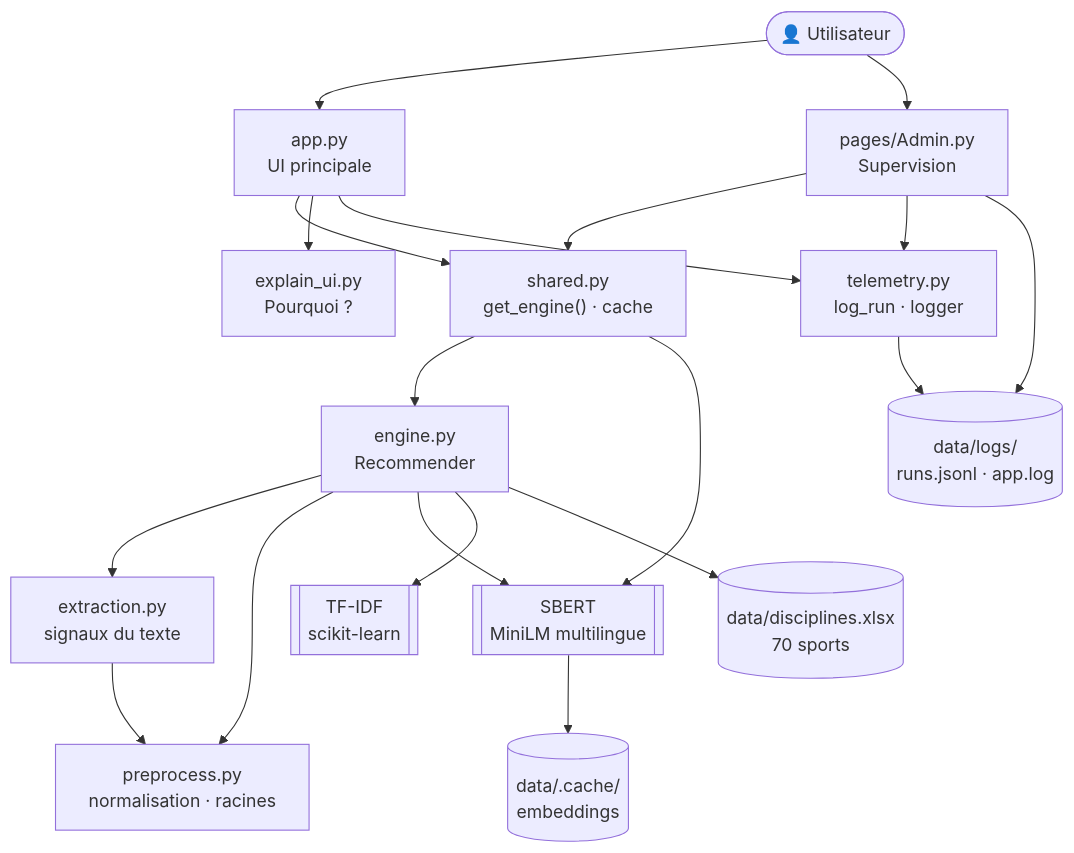
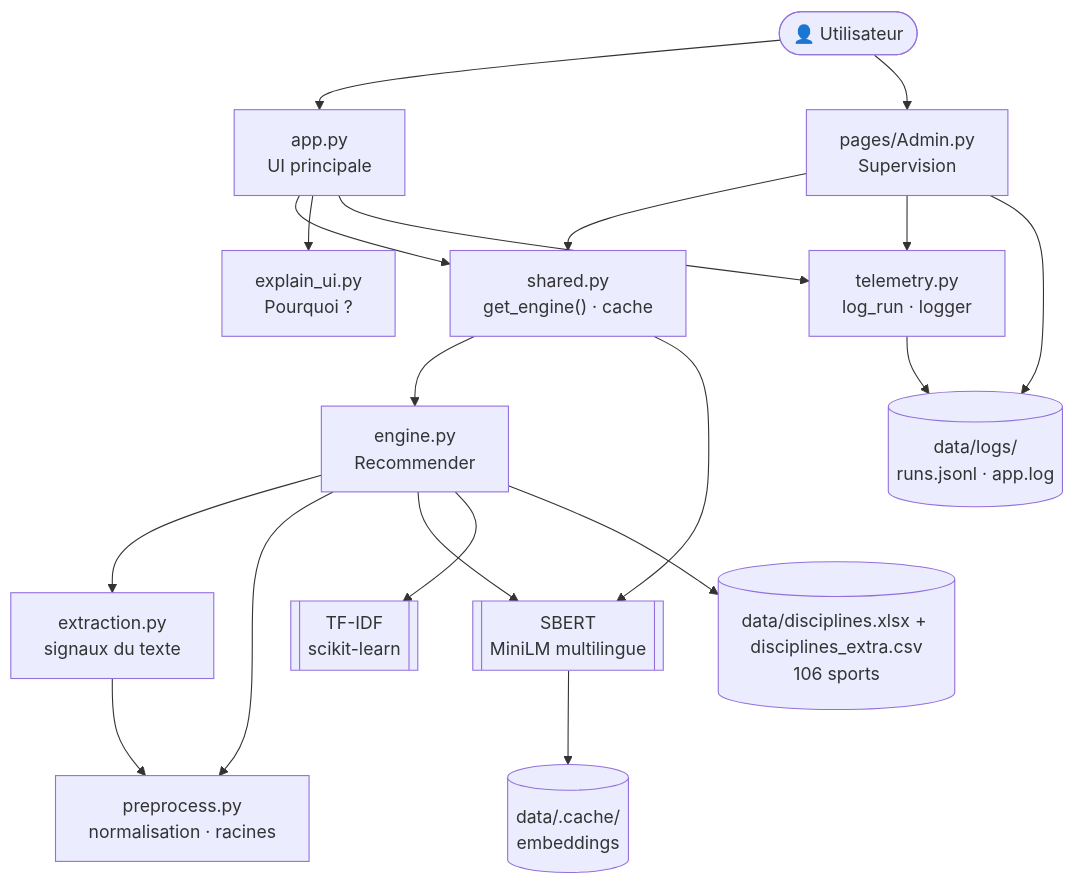
Before and after one commit to AntoineLal/ECE-Projet-NLP: the fourth of 6 diagrams in README.md, drawn with Mermaid. The commit also changed other lines of this file and 7 other files, not shown here.

````diff
--- a/README.md
+++ b/README.md
@@ -155,25 +156,25 @@
 ```mermaid
 flowchart TB
     U(["👤 Utilisateur"]) --> APP["app.py<br/>UI principale"]
     U --> ADM["pages/Admin.py<br/>Supervision"]
 
     APP --> SH["shared.py<br/>get_engine() · cache"]
     ADM --> SH
     APP --> EX["explain_ui.py<br/>Pourquoi ?"]
     APP --> TEL["telemetry.py<br/>log_run · logger"]
     ADM --> TEL
 
     SH --> ENG["engine.py<br/>Recommender"]
     SH --> SB[["SBERT<br/>MiniLM multilingue"]]
 
     ENG --> EXT["extraction.py<br/>signaux du texte"]
     ENG --> PRE["preprocess.py<br/>normalisation · racines"]
     EXT --> PRE
     ENG --> SB
     ENG --> TF[["TF-IDF<br/>scikit-learn"]]
-    ENG --> DATA[("data/disciplines.xlsx<br/>70 sports")]
+    ENG --> DATA[("data/disciplines.xlsx + disciplines_extra.csv<br/>106 sports")]
 
     TEL --> RUNS[("data/logs/<br/>runs.jsonl · app.log")]
     ADM --> RUNS
     SB --> CACHE[("data/.cache/<br/>embeddings")]
 ```
````
